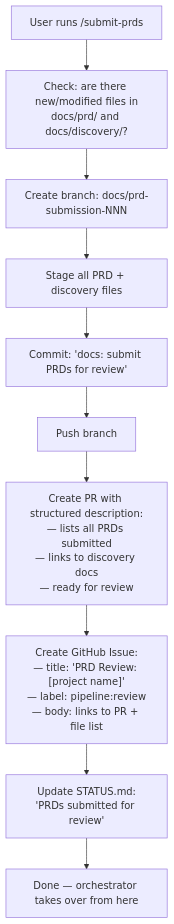
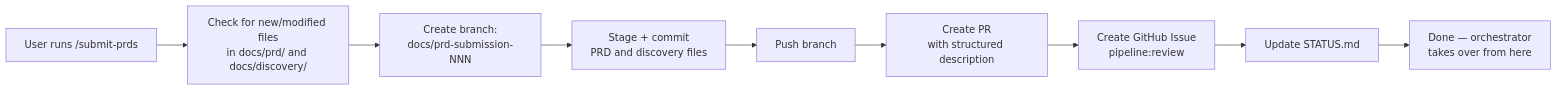
One commit to themachinagod/andgasm-claude-orchestration-project changed the third of 8 diagrams in docs/research/pipeline-redesign-v2.md. Above: the diagram before and after it, drawn with Mermaid. The commit also changed other lines of this file and 10 other files, not shown here.

````diff
--- a/docs/research/pipeline-redesign-v2.md
+++ b/docs/research/pipeline-redesign-v2.md
@@ -186,15 +187,14 @@
 ```mermaid
-flowchart TD
+flowchart LR
     USER["User runs /submit-prds"]
-    CHECK["Check: are there new/modified files in<br/>docs/prd/ and docs/discovery/?"]
-    BRANCH["Create branch: docs/prd-submission-NNN"]
-    STAGE["Stage all PRD + discovery files"]
-    COMMIT["Commit: 'docs: submit PRDs for review'"]
+    CHECK["Check for new/modified files<br/>in docs/prd/ and docs/discovery/"]
+    BRANCH["Create branch:<br/>docs/prd-submission-NNN"]
+    COMMIT["Stage + commit<br/>PRD and discovery files"]
     PUSH["Push branch"]
-    PR["Create PR with structured description:<br/>— lists all PRDs submitted<br/>— links to discovery docs<br/>— ready for review"]
-    ISSUE["Create GitHub Issue:<br/>— title: 'PRD Review: [project name]'<br/>— label: pipeline:review<br/>— body: links to PR + file list"]
-    STATUS["Update STATUS.md:<br/>'PRDs submitted for review'"]
-    DONE["Done — orchestrator takes over from here"]
+    PR["Create PR<br/>with structured description"]
+    ISSUE["Create GitHub Issue<br/>pipeline:review"]
+    STATUS["Update STATUS.md"]
+    DONE["Done — orchestrator<br/>takes over from here"]
 
-    USER --> CHECK --> BRANCH --> STAGE --> COMMIT --> PUSH --> PR --> ISSUE --> STATUS --> DONE
+    USER --> CHECK --> BRANCH --> COMMIT --> PUSH --> PR --> ISSUE --> STATUS --> DONE
 ```
````
